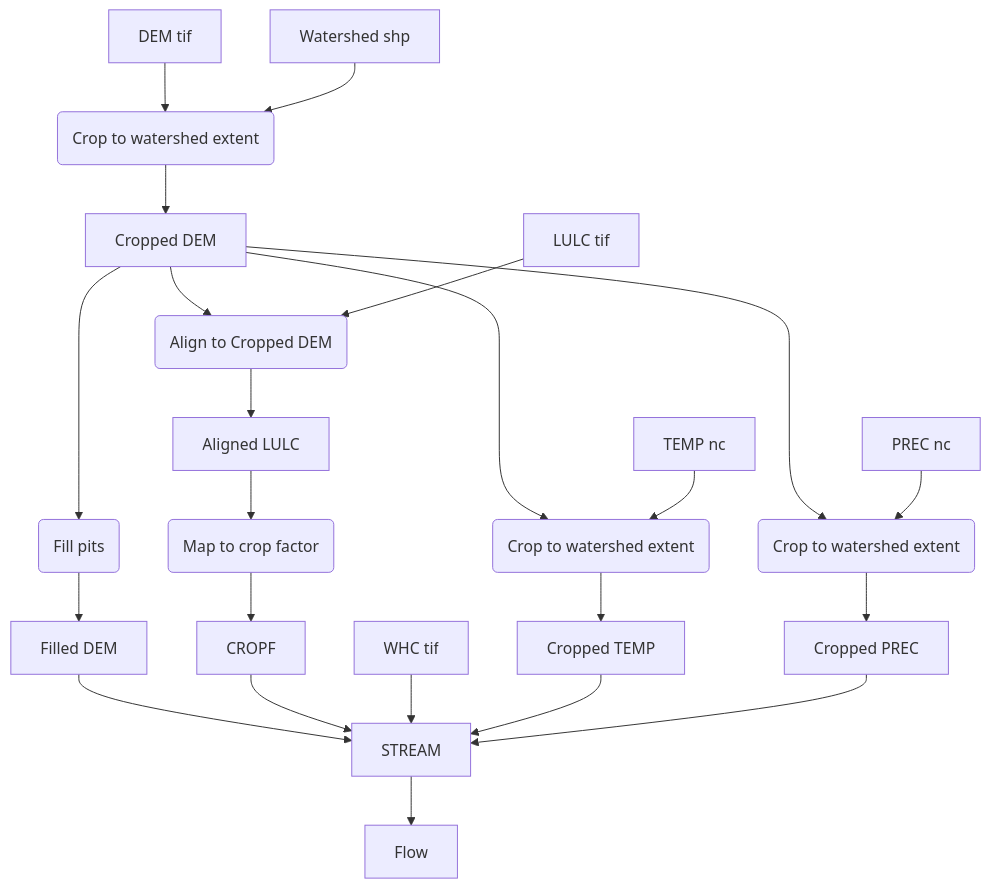
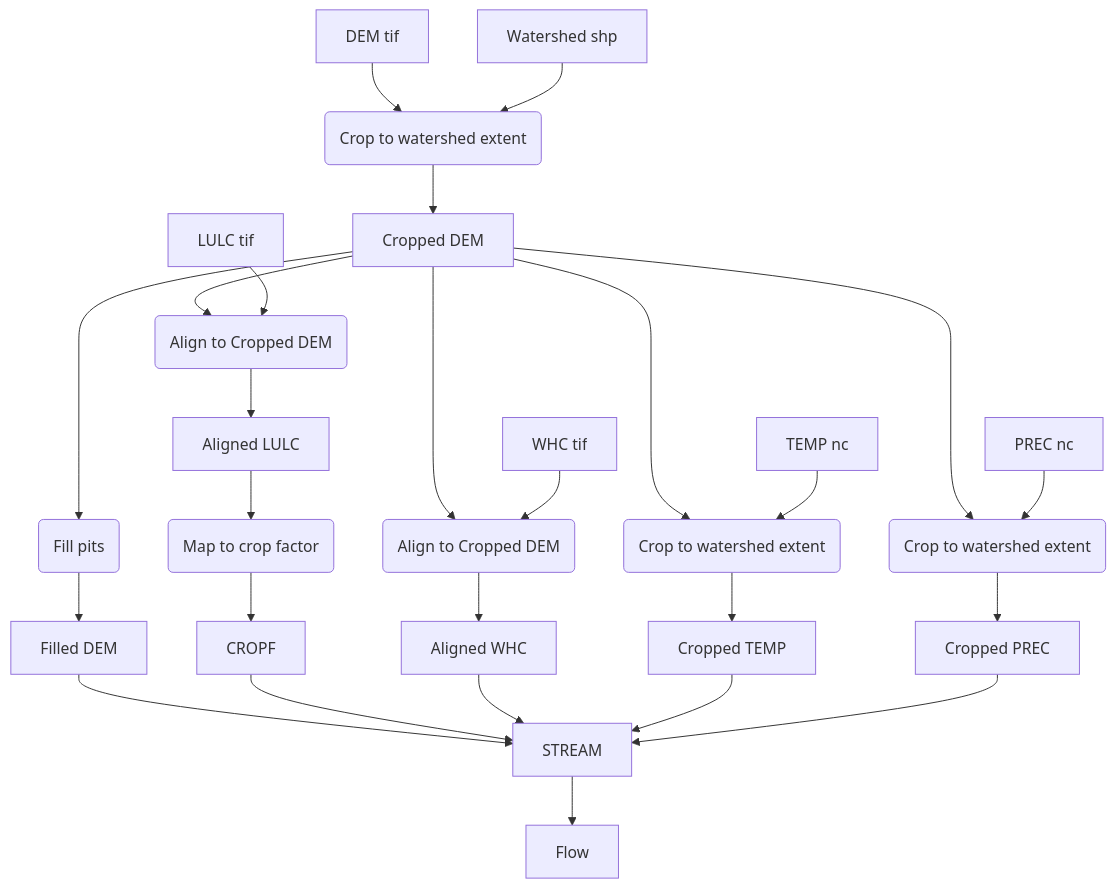
One commit to martibosch/pystream-example changed the diagram in analysis-dag.md. Above: the diagram before and after it, drawn with Mermaid. The commit also changed other lines of this file, not shown here.

Commit message:
updated DAG for WHC

````diff
--- a/analysis-dag.md
+++ b/analysis-dag.md
@@ -7,31 +11,35 @@
 ```mermaid
 graph TD
 DEM[DEM tif] --> CROP(Crop to watershed extent);
 WSHED[Watershed shp] --> CROP;
 CROP --> DEMC[Cropped DEM];
 
 DEMC --> ALIGNL(Align to Cropped DEM);
 LULC[LULC tif] --> ALIGNL;
 ALIGNL --> LULCA[Aligned LULC];
 
 LULCA --> MAPC(Map to crop factor);
 MAPC --> CROPF[CROPF];
 
 DEMC --> CROPT(Crop to watershed extent);
 TEMP[TEMP nc] --> CROPT;
 CROPT --> TEMPA[Cropped TEMP];
 
 DEMC --> CROPP(Crop to watershed extent);
 PREC[PREC nc] --> CROPP;
 CROPP --> PRECA[Cropped PREC];
 
 DEMC --> FILL(Fill pits);
 FILL --> DEMF[Filled DEM];
 
+DEMC --> ALIGNW(Align to Cropped DEM);
+WHC[WHC tif] --> ALIGNW;
+ALIGNW --> WHCA[Aligned WHC];
+
 DEMF --> STREAM[STREAM];
 CROPF --> STREAM;
-WHC[WHC tif] --> STREAM;
+WHCA --> STREAM;
 TEMPA --> STREAM;
 PRECA --> STREAM;
 STREAM --> FLOW[Flow];
 ```
````
